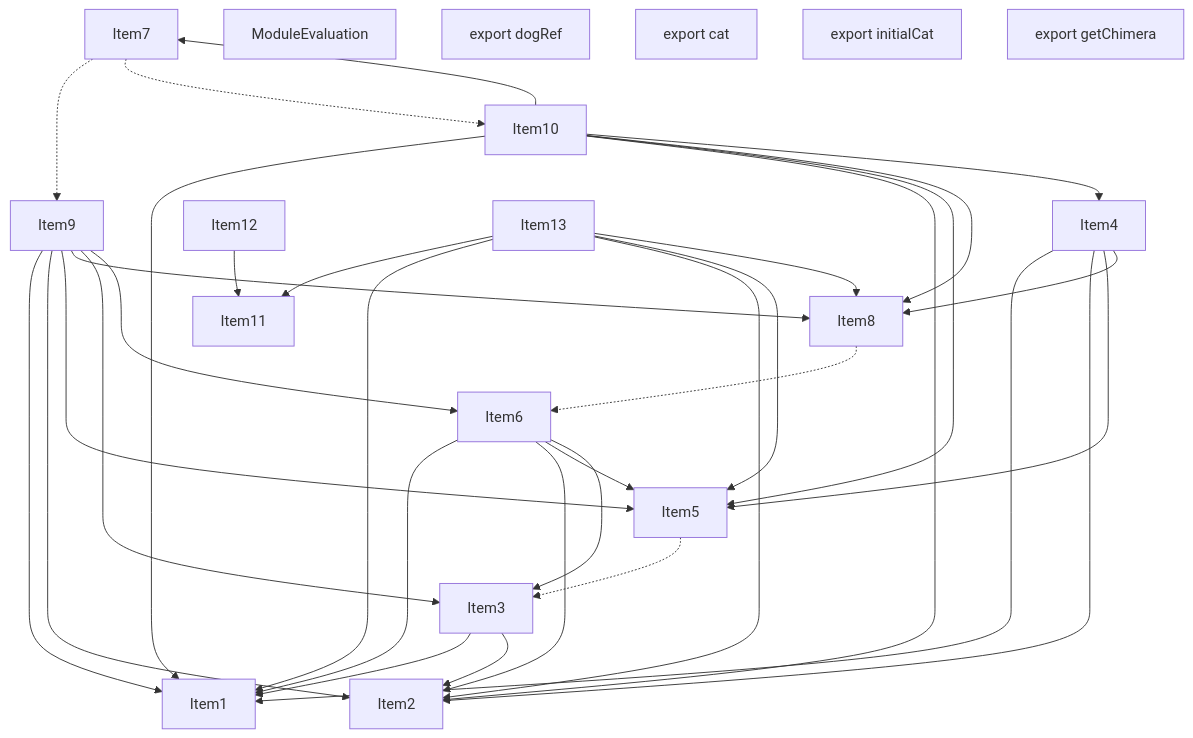
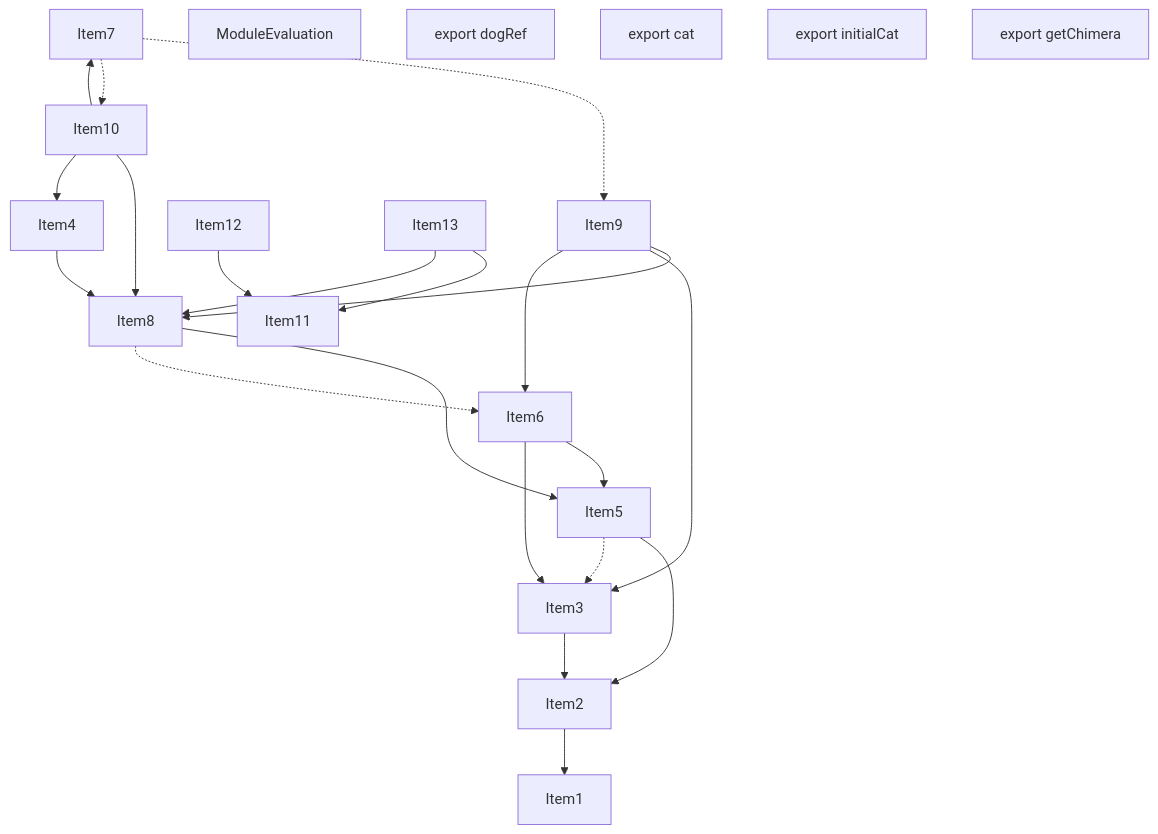
One commit to vercel/turborepo changed the third of 5 diagrams in crates/turbopack-ecmascript/tests/tree-shaker/analyzer/complex/output.md. Above: the diagram before and after it, drawn with Mermaid. The commit also changed other lines of this file and 3 other files, not shown here.

````diff
--- a/crates/turbopack-ecmascript/tests/tree-shaker/analyzer/complex/output.md
+++ b/crates/turbopack-ecmascript/tests/tree-shaker/analyzer/complex/output.md
@@ -226,58 +223,46 @@
 ```mermaid
 graph TD
     Item1;
     Item2;
     Item3;
     Item4;
     Item5;
     Item6;
     Item7;
     Item8;
     Item9;
     Item10;
     Item11;
     Item12;
     Item13;
     Item14;
     Item14["ModuleEvaluation"];
     Item15;
     Item15["export dogRef"];
     Item16;
     Item16["export cat"];
     Item17;
     Item17["export initialCat"];
     Item18;
     Item18["export getChimera"];
-    Item3 --> Item1;
+    Item2 --> Item1;
     Item3 --> Item2;
+    Item5 --> Item2;
     Item5 -.-> Item3;
-    Item6 --> Item1;
-    Item6 --> Item2;
     Item6 --> Item5;
     Item6 --> Item3;
+    Item8 --> Item5;
     Item8 -.-> Item6;
-    Item9 --> Item1;
-    Item9 --> Item2;
-    Item9 --> Item5;
     Item9 --> Item8;
     Item9 --> Item3;
     Item9 --> Item6;
-    Item10 --> Item1;
-    Item10 --> Item2;
-    Item10 --> Item5;
     Item10 --> Item8;
     Item10 --> Item4;
     Item10 --> Item7;
     Item12 --> Item11;
-    Item4 --> Item1;
-    Item4 --> Item2;
-    Item4 --> Item5;
     Item4 --> Item8;
     Item7 -.-> Item9;
     Item7 -.-> Item10;
     Item13 --> Item11;
-    Item13 --> Item1;
-    Item13 --> Item2;
-    Item13 --> Item5;
     Item13 --> Item8;
 ```
````
